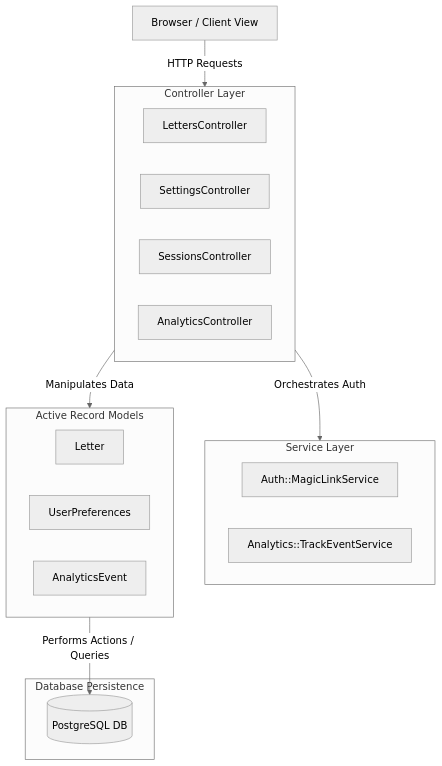
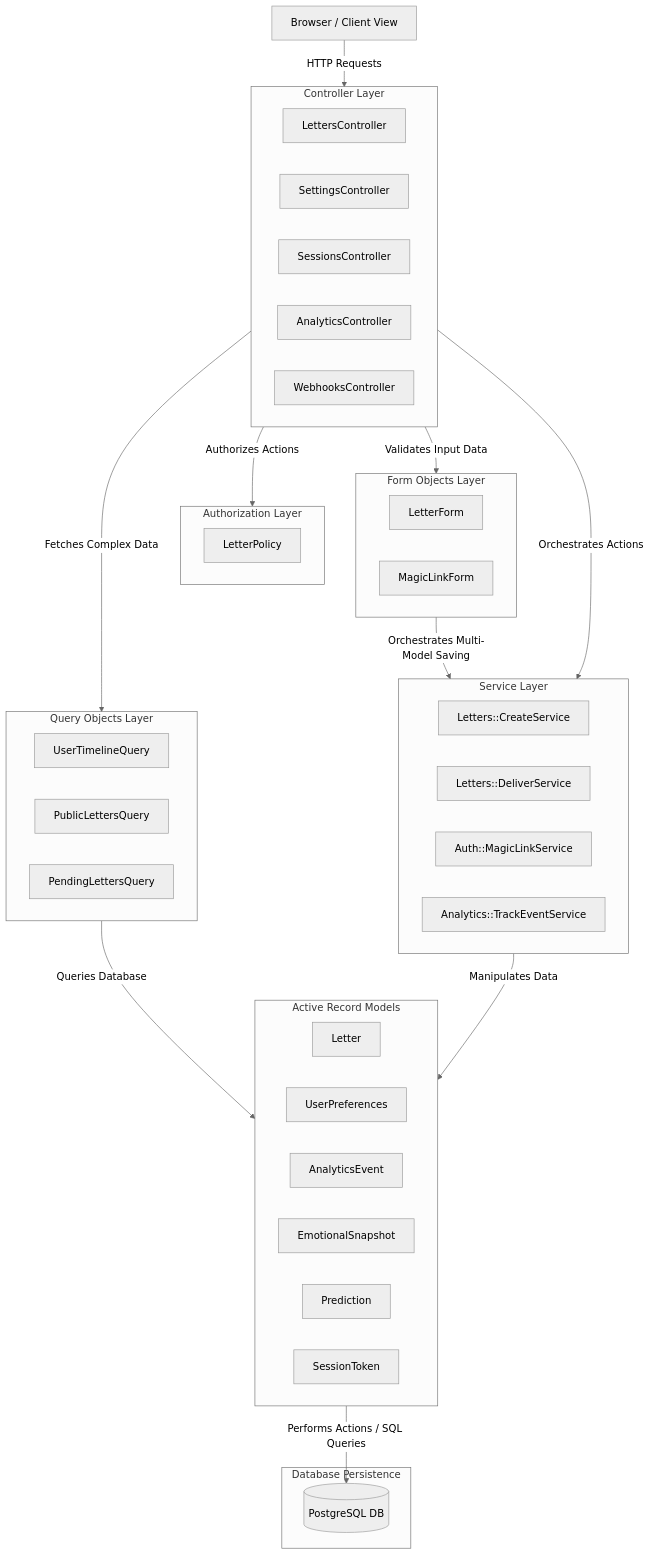
The first of 5 diagrams in docs/architecture.md (nmenag/time_echo), drawn with Mermaid (neutral theme) before and after one commit. The commit also changed other lines of this file and 14 other files, not shown here.

````diff
--- a/docs/architecture.md
+++ b/docs/architecture.md
@@ -13,31 +13,57 @@
 ```mermaid
 graph TD
     Client[Browser / Client View]
     
     subgraph Controllers [Controller Layer]
         LC[LettersController]
         SC[SettingsController]
         SessC[SessionsController]
         AC[AnalyticsController]
+        WC[WebhooksController]
+    end
+
+    subgraph Policies [Authorization Layer]
+        LP[LetterPolicy]
+    end
+
+    subgraph Forms [Form Objects Layer]
+        LF[LetterForm]
+        MLF[MagicLinkForm]
     end
 
     subgraph Services [Service Layer]
+        CS[Letters::CreateService]
+        DS[Letters::DeliverService]
         MLS[Auth::MagicLinkService]
         TES[Analytics::TrackEventService]
+    end
+
+    subgraph Queries [Query Objects Layer]
+        UTQ[UserTimelineQuery]
+        PLQ[PublicLettersQuery]
+        PLQ2[PendingLettersQuery]
     end
 
     subgraph Models [Active Record Models]
         Let[Letter]
         Pref[UserPreferences]
         Evt[AnalyticsEvent]
+        Snap[EmotionalSnapshot]
+        Pred[Prediction]
+        Tok[SessionToken]
     end
 
-    subgraph Cache & DB [Database Persistence]
+    subgraph Database [Database Persistence]
         PG[(PostgreSQL DB)]
     end
 
     Client -->|HTTP Requests| Controllers
-    Controllers -->|Orchestrates Auth| Services
-    Controllers -->|Manipulates Data| Models
-    Models -->|Performs Actions / Queries| PG
+    Controllers -->|Authorizes Actions| Policies
+    Controllers -->|Validates Input Data| Forms
+    Forms -->|Orchestrates Multi-Model Saving| Services
+    Controllers -->|Orchestrates Actions| Services
+    Controllers -->|Fetches Complex Data| Queries
+    Queries -->|Queries Database| Models
+    Services -->|Manipulates Data| Models
+    Models -->|Performs Actions / SQL Queries| PG
 ```
````
